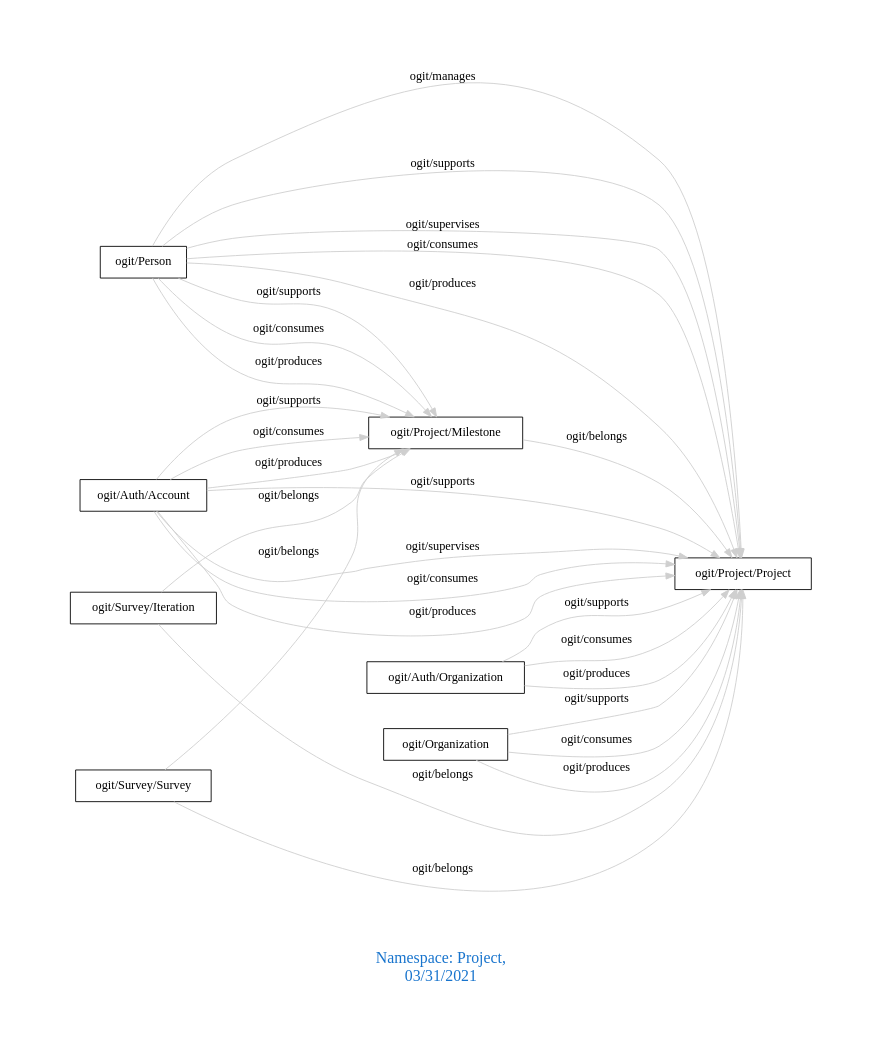
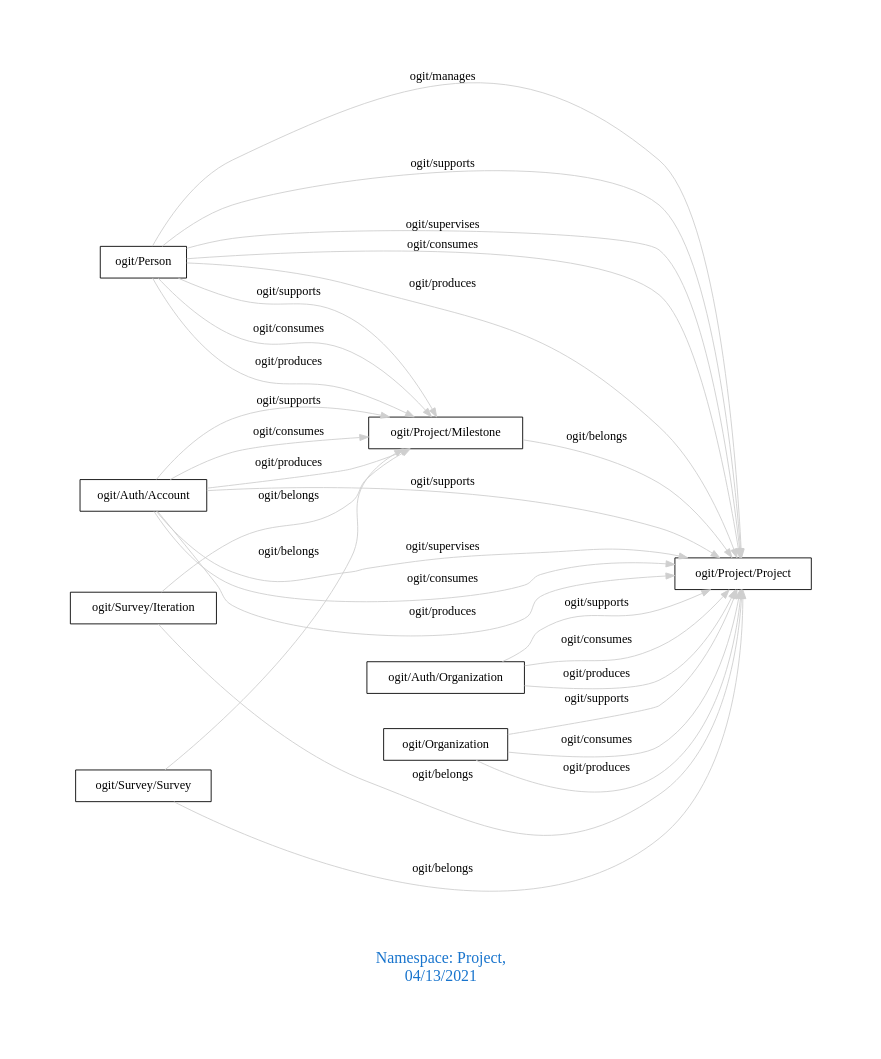
Before and after one commit to arago/OGIT: the diagram in downloads/Project.dot, drawn with Graphviz. The commit also changed 1849 other files, not shown here.

```diff
--- a/downloads/Project.dot
+++ b/downloads/Project.dot
@@ -1,34 +1,34 @@
 digraph OGIT_ontology {
  graph [ rankdir= LR,pad=1 
 fontsize = 18,
-fontcolor= dodgerblue3,label = "\n\n\nNamespace: Project, \n 03/31/2021"];
+fontcolor= dodgerblue3,label = "\n\n\nNamespace: Project, \n 04/13/2021"];
 node[shape=polygon];
 edge [  color="gray81"];
 
    "ogit/Person" -> "ogit/Project/Project" [label="   ogit/manages    "];
    "ogit/Auth/Account" -> "ogit/Project/Milestone" [label="   ogit/supports    "];
    "ogit/Auth/Account" -> "ogit/Project/Project" [label="   ogit/supports    "];
    "ogit/Auth/Organization" -> "ogit/Project/Project" [label="   ogit/supports    "];
    "ogit/Organization" -> "ogit/Project/Project" [label="   ogit/supports    "];
    "ogit/Person" -> "ogit/Project/Milestone" [label="   ogit/supports    "];
    "ogit/Person" -> "ogit/Project/Project" [label="   ogit/supports    "];
    "ogit/Auth/Account" -> "ogit/Project/Project" [label="   ogit/supervises    "];
    "ogit/Person" -> "ogit/Project/Project" [label="   ogit/supervises    "];
    "ogit/Auth/Account" -> "ogit/Project/Milestone" [label="   ogit/consumes    "];
    "ogit/Auth/Account" -> "ogit/Project/Project" [label="   ogit/consumes    "];
    "ogit/Auth/Organization" -> "ogit/Project/Project" [label="   ogit/consumes    "];
    "ogit/Organization" -> "ogit/Project/Project" [label="   ogit/consumes    "];
    "ogit/Person" -> "ogit/Project/Milestone" [label="   ogit/consumes    "];
    "ogit/Person" -> "ogit/Project/Project" [label="   ogit/consumes    "];
    "ogit/Auth/Account" -> "ogit/Project/Milestone" [label="   ogit/produces    "];
    "ogit/Auth/Account" -> "ogit/Project/Project" [label="   ogit/produces    "];
    "ogit/Auth/Organization" -> "ogit/Project/Project" [label="   ogit/produces    "];
    "ogit/Organization" -> "ogit/Project/Project" [label="   ogit/produces    "];
    "ogit/Person" -> "ogit/Project/Milestone" [label="   ogit/produces    "];
    "ogit/Person" -> "ogit/Project/Project" [label="   ogit/produces    "];
    "ogit/Project/Milestone" -> "ogit/Project/Project" [label="   ogit/belongs    "];
    "ogit/Survey/Iteration" -> "ogit/Project/Milestone" [label="   ogit/belongs    "];
    "ogit/Survey/Iteration" -> "ogit/Project/Project" [label="   ogit/belongs    "];
    "ogit/Survey/Survey" -> "ogit/Project/Milestone" [label="   ogit/belongs    "];
    "ogit/Survey/Survey" -> "ogit/Project/Project" [label="   ogit/belongs    "];
 }
```
